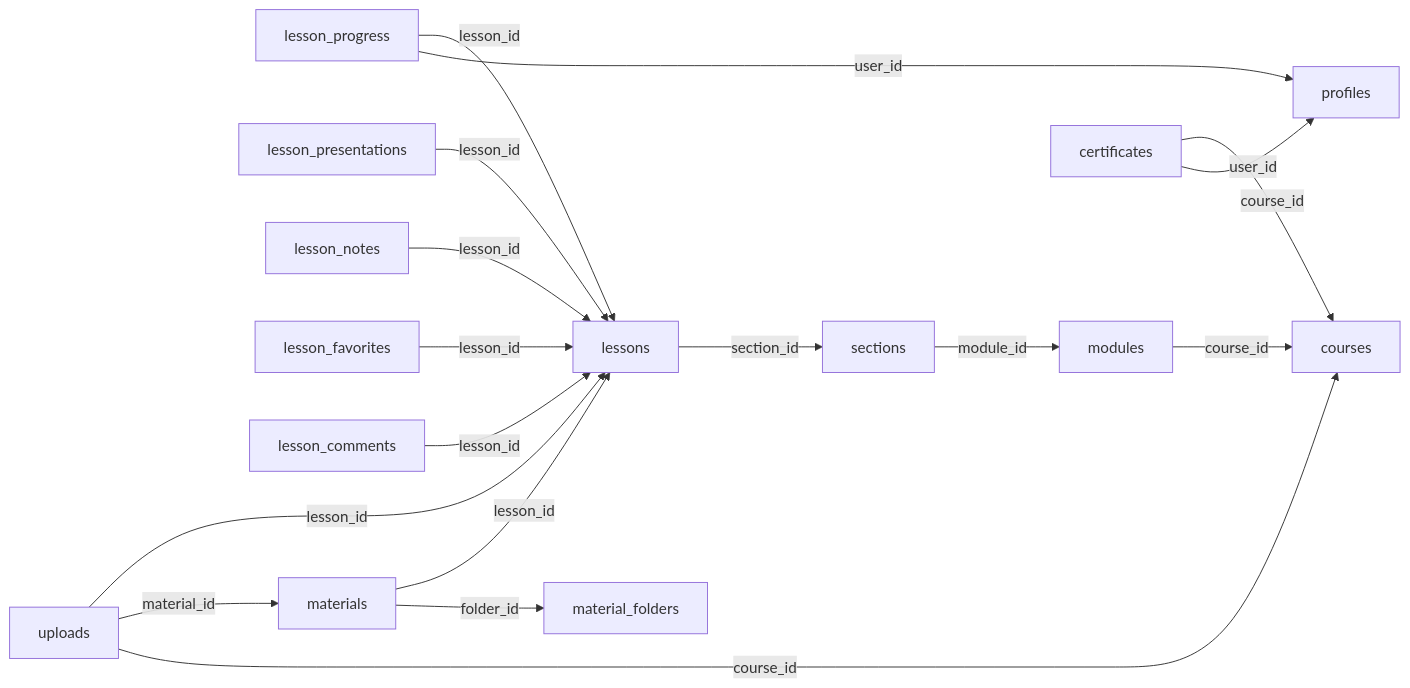
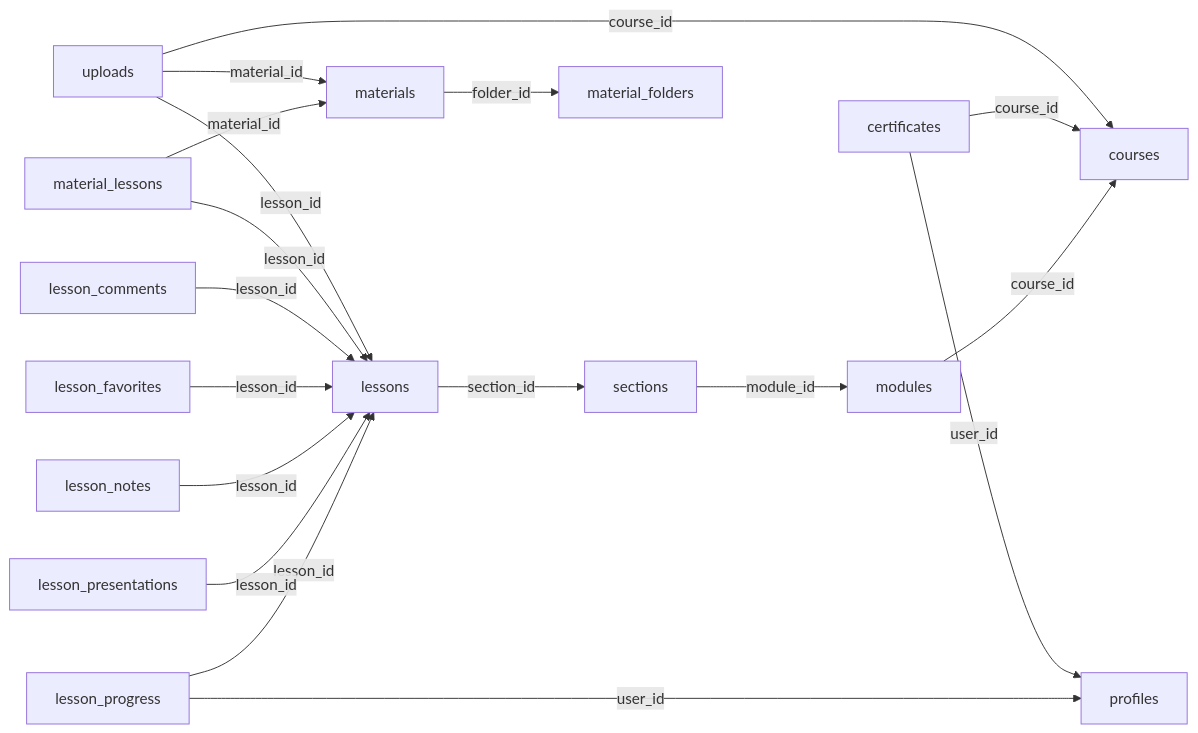
Before and after one commit to tiberiolemes/icarus-area-de-membros: the third of 4 diagrams in docs/architecture.md, drawn with Mermaid. The commit also changed 11 other files, not shown here.

````diff
--- a/docs/architecture.md
+++ b/docs/architecture.md
@@ -93,19 +93,20 @@
 ```mermaid
 flowchart LR
     modules -->|course_id| courses
     sections -->|module_id| modules
     lessons -->|section_id| sections
     lesson_progress -->|lesson_id| lessons
     lesson_progress -->|user_id| profiles
     certificates -->|course_id| courses
     certificates -->|user_id| profiles
     lesson_presentations -->|lesson_id| lessons
     lesson_notes -->|lesson_id| lessons
     lesson_favorites -->|lesson_id| lessons
     lesson_comments -->|lesson_id| lessons
-    materials -->|lesson_id| lessons
+    material_lessons -->|material_id| materials
+    material_lessons -->|lesson_id| lessons
     materials -->|folder_id| material_folders
     uploads -->|lesson_id| lessons
     uploads -->|material_id| materials
     uploads -->|course_id| courses
 ```
````
